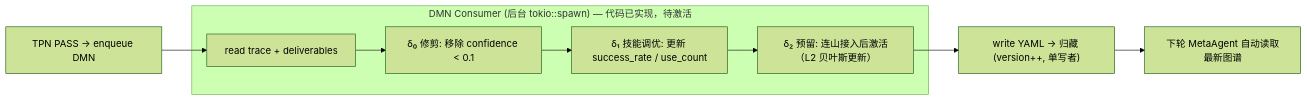
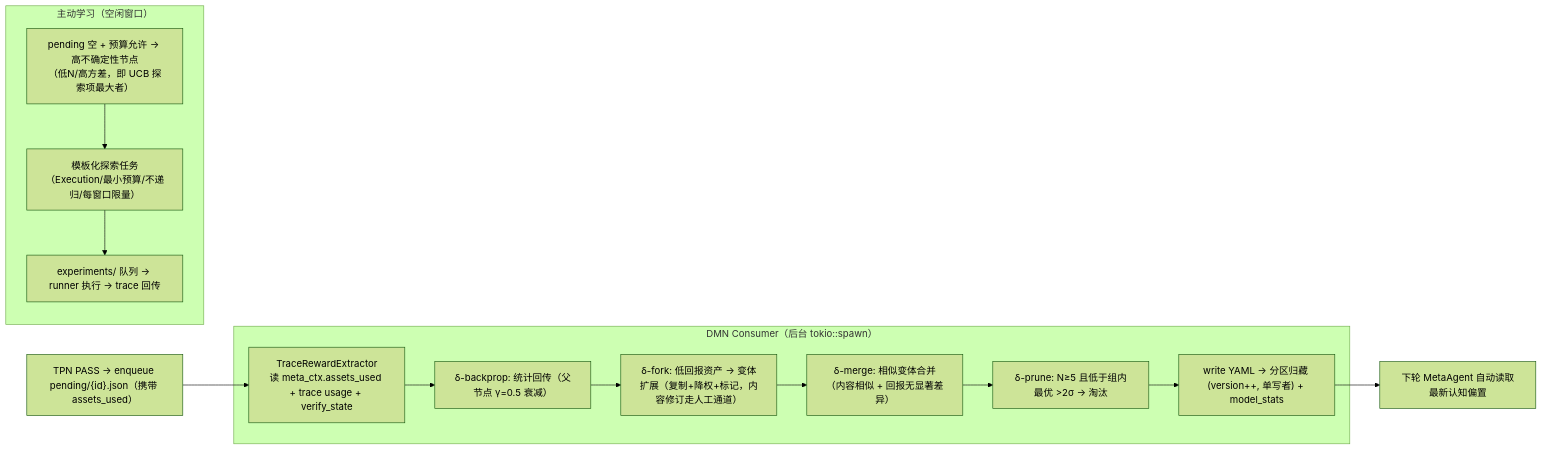
Before and after one commit to wenge6090-tech/taiji: the seventh of 7 diagrams in BCP-蓝图-完型协议.md, drawn with Mermaid (forest theme). The commit also changed other lines of this file and 1 other file, not shown here.

````diff
--- a/BCP-蓝图-完型协议.md
+++ b/BCP-蓝图-完型协议.md
@@ -758,13 +971,20 @@
 ```mermaid
 flowchart LR
-    PASS["TPN PASS → enqueue DMN"] --> READ["read trace + deliverables"]
+    PASS["TPN PASS → enqueue pending/{id}.json（携带 assets_used）"] --> READ["TraceRewardExtractor\n读 meta_ctx.assets_used + trace usage + verify_state"]
 
-    subgraph "DMN Consumer (后台 tokio::spawn) — 代码已实现，待激活"
-        READ --> D0["δ₀ 修剪: 移除 confidence < 0.1"]
-        D0 --> D1["δ₁ 技能调优: 更新 success_rate / use_count"]
-        D1 --> D2["δ₂ 预留: 连山接入后激活（L2 贝叶斯更新）"]
+    subgraph "DMN Consumer（后台 tokio::spawn）"
+        READ --> BP["δ-backprop: 统计回传（父节点 γ=0.5 衰减）"]
+        BP --> FORK["δ-fork: 低回报资产 → 变体扩展（复制+降权+标记，内容修订走人工通道）"]
+        FORK --> MRG["δ-merge: 相似变体合并（内容相似 + 回报无显著差异）"]
+        MRG --> PRN["δ-prune: N≥5 且低于组内最优 >2σ → 淘汰"]
+        PRN --> WRITE["write YAML → 分区归藏 (version++, 单写者) + model_stats"]
     end
 
-    D2 --> WRITE["write YAML → 归藏 (version++, 单写者)"]
-    WRITE --> NEXT["下轮 MetaAgent 自动读取最新图谱"]
+    WRITE --> NEXT["下轮 MetaAgent 自动读取最新认知偏置"]
+
+    subgraph "主动学习（空闲窗口）"
+        ACTIVE["pending 空 + 预算允许 → 高不确定性节点\n（低N/高方差，即 UCB 探索项最大者）"]
+        ACTIVE --> EXP["模板化探索任务\n（Execution/最小预算/不递归/每窗口限量）"]
+        EXP --> RUN["experiments/ 队列 → runner 执行 → trace 回传"]
+    end
 ```
````
